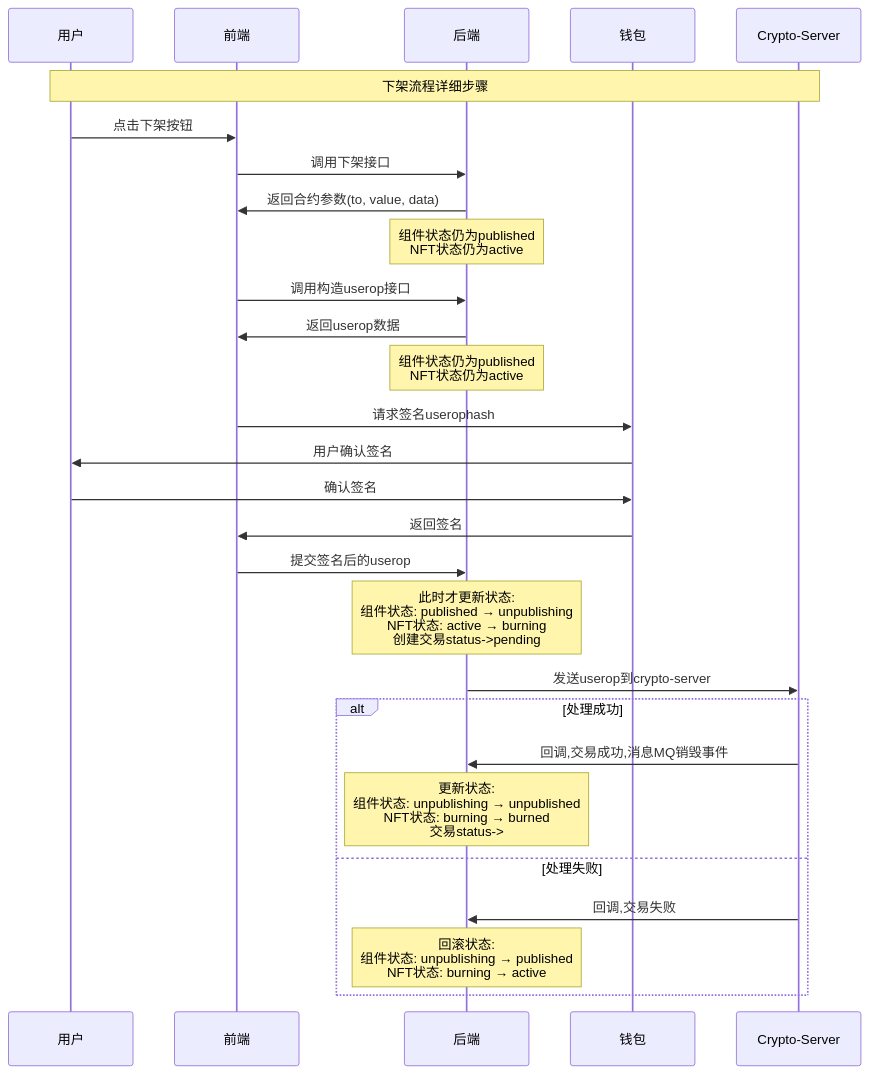
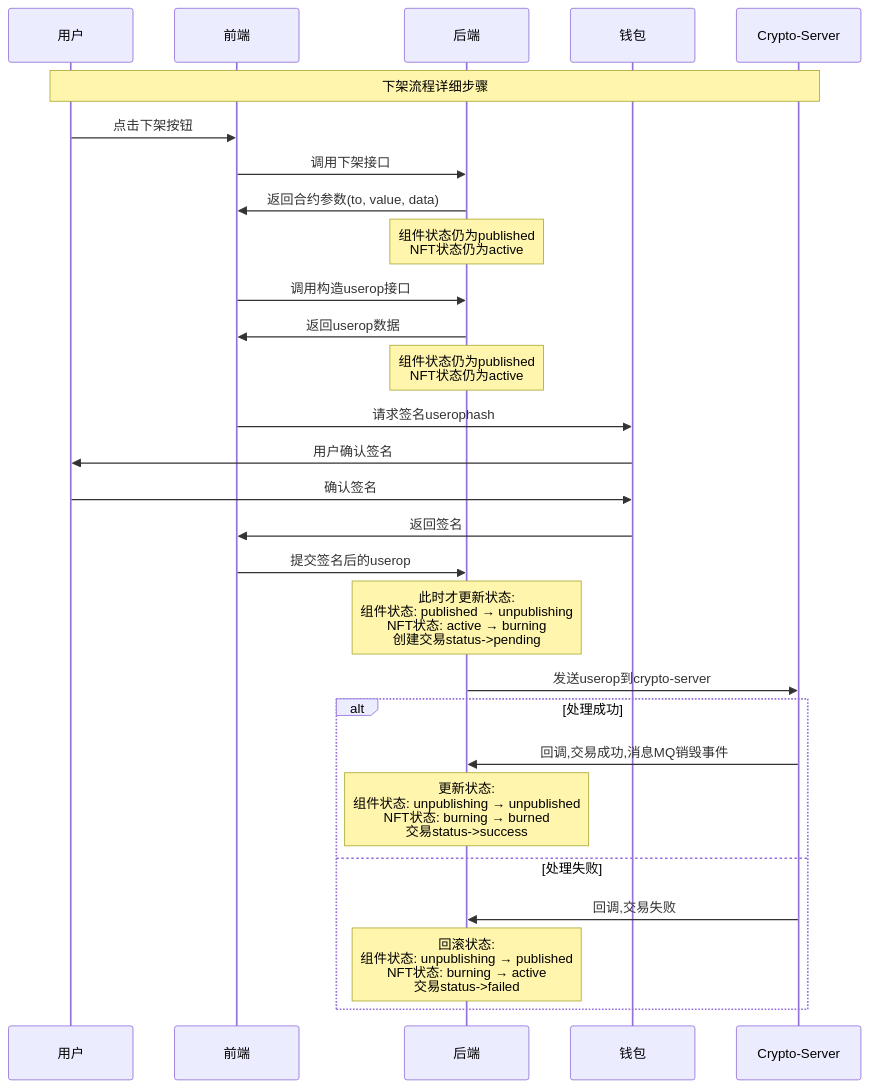
Before and after one commit to yingjianzh/iodraw-files: the diagram in all/未命名-76.md, drawn with Mermaid.

Commit message:
2025-07-08 11:26:50 update

````diff
--- a/all/未命名-76.md
+++ b/all/未命名-76.md
@@ -1,36 +1,36 @@
 ```mermaid
 sequenceDiagram
     participant User as 用户
     participant Frontend as 前端
     participant Backend as 后端
     participant Wallet as 钱包
     participant CryptoServer as Crypto-Server
     
     Note over User,CryptoServer: 下架流程详细步骤
     
     User->>Frontend: 点击下架按钮
     Frontend->>Backend: 调用下架接口
     Backend->>Frontend: 返回合约参数(to, value, data)
     Note over Backend: 组件状态仍为published<br/>NFT状态仍为active
     
     Frontend->>Backend: 调用构造userop接口
     Backend->>Frontend: 返回userop数据
     Note over Backend: 组件状态仍为published<br/>NFT状态仍为active
     
     Frontend->>Wallet: 请求签名userophash
     Wallet->>User: 用户确认签名
     User->>Wallet: 确认签名
     Wallet->>Frontend: 返回签名
     
     Frontend->>Backend: 提交签名后的userop
     Note over Backend: 此时才更新状态:<br/>组件状态: published → unpublishing<br/>NFT状态: active → burning <br/> 创建交易status->pending
     Backend->>CryptoServer: 发送userop到crypto-server
     
     alt 处理成功
         CryptoServer->>Backend: 回调,交易成功,消息MQ销毁事件
-        Note over Backend: 更新状态:<br/>组件状态: unpublishing → unpublished<br/>NFT状态: burning → burned <br/> 交易status->
+        Note over Backend: 更新状态:<br/>组件状态: unpublishing → unpublished<br/>NFT状态: burning → burned <br/> 交易status->success
     else 处理失败
         CryptoServer->>Backend: 回调,交易失败
-        Note over Backend: 回滚状态:<br/>组件状态: unpublishing → published<br/>NFT状态: burning → active
+        Note over Backend: 回滚状态:<br/>组件状态: unpublishing → published<br/>NFT状态: burning → active <br/> 交易status->failed
     end
 ```
````
